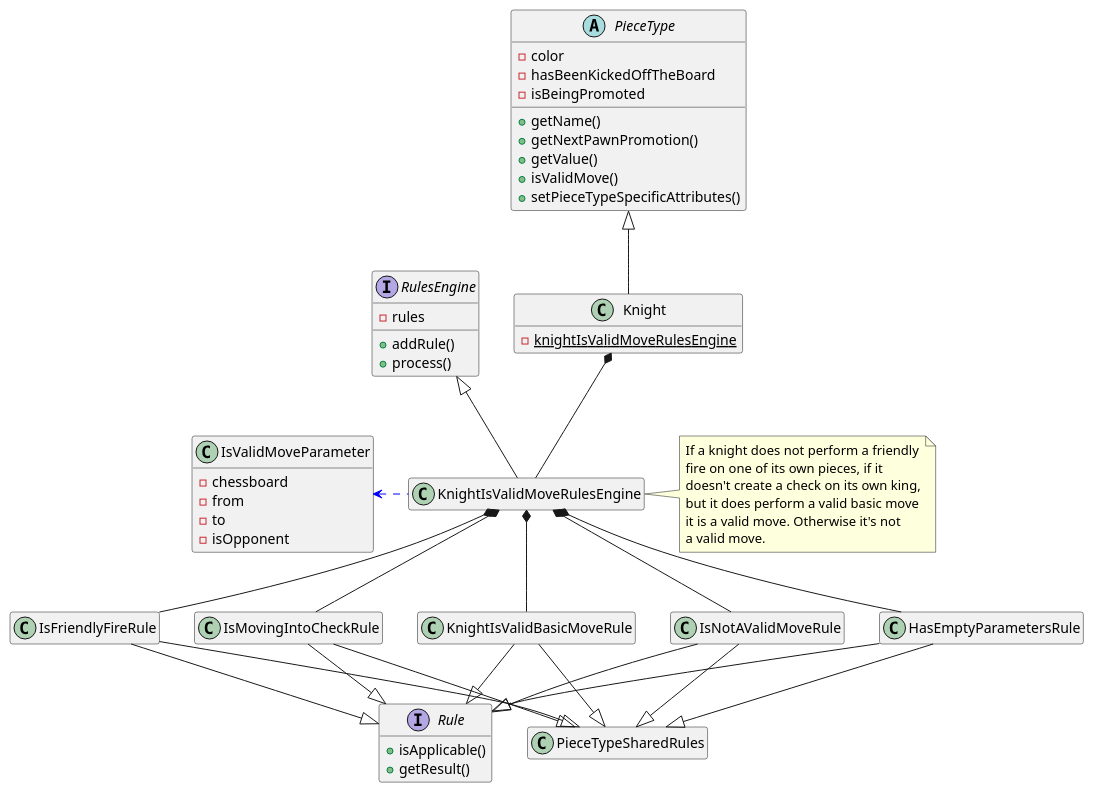
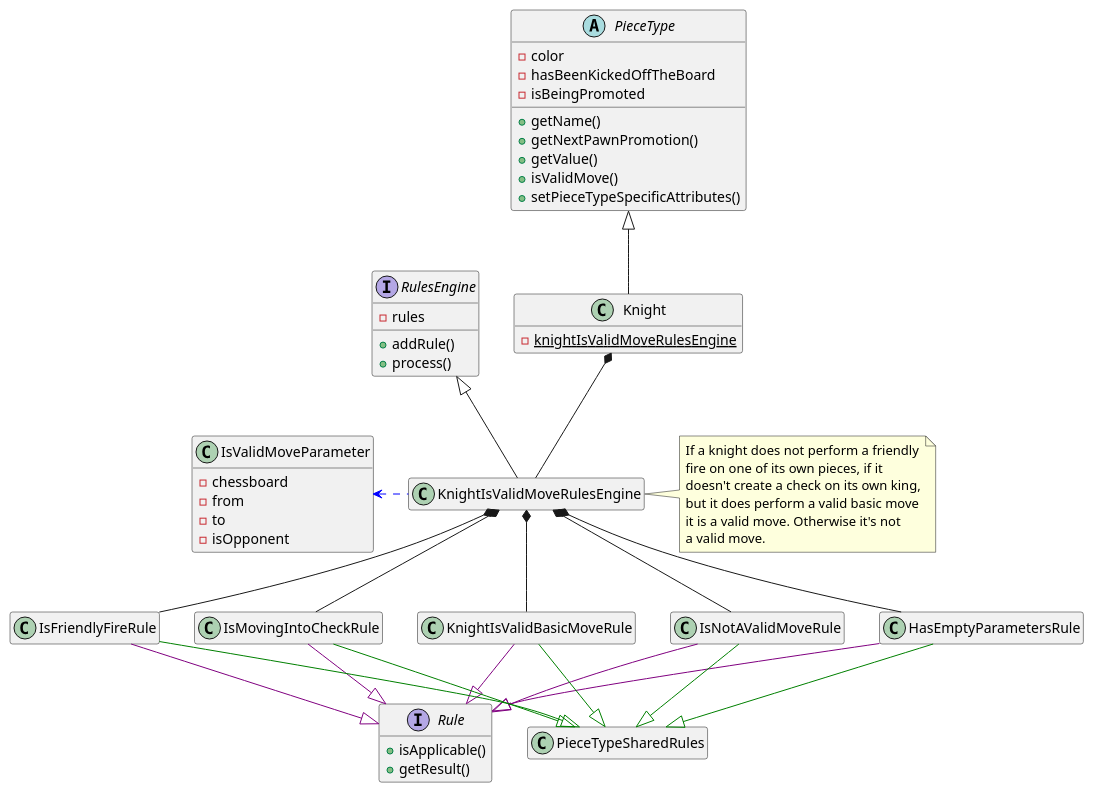
One commit to tiktaalick/chess-with-database changed the diagram in game/src/main/resources/uml/knight.puml. Above: the diagram before and after it, drawn with PlantUML. The commit also changed 5 other files, not shown here.

Commit message:
Added colors to the class diagrams.

```diff
--- a/game/src/main/resources/uml/knight.puml
+++ b/game/src/main/resources/uml/knight.puml
@@ -1,83 +1,83 @@
 @startuml
 
 '--------------'
 'Hidden members'
 '--------------'
 hide empty members
 
 '----'
 'Move'
 '----'
 abstract class PieceType {
     - color
     - hasBeenKickedOffTheBoard
     - isBeingPromoted
     + getName()
     + getNextPawnPromotion()
     + getValue()
     + isValidMove()
     + setPieceTypeSpecificAttributes()
 }
 
 class Knight {
     - {static} knightIsValidMoveRulesEngine
 }
 
 class IsValidMoveParameter {
     - chessboard
     - from
     - to
     - isOpponent
 }
 
 interface RulesEngine {
     - rules
     + addRule()
     + process()
 }
 
 interface Rule {
     + isApplicable()
     + getResult()
 }
 
 '---------'
 'Relations'
 '---------'
 PieceType <|-down- Knight
 Knight *-- KnightIsValidMoveRulesEngine
 
 KnightIsValidMoveRulesEngine -up-|> RulesEngine
 KnightIsValidMoveRulesEngine .left[#blue].> IsValidMoveParameter
 
 HasEmptyParametersRule -up-* KnightIsValidMoveRulesEngine
 IsFriendlyFireRule -up-* KnightIsValidMoveRulesEngine
 IsMovingIntoCheckRule -up-* KnightIsValidMoveRulesEngine
 KnightIsValidBasicMoveRule -up-* KnightIsValidMoveRulesEngine
 IsNotAValidMoveRule -up-* KnightIsValidMoveRulesEngine
 
-HasEmptyParametersRule --|> Rule
-IsFriendlyFireRule --|> Rule
-IsMovingIntoCheckRule --|> Rule
-KnightIsValidBasicMoveRule --|> Rule
-IsNotAValidMoveRule --|> Rule
+HasEmptyParametersRule -down[#purple]-|> Rule
+IsFriendlyFireRule -down[#purple]-|> Rule
+IsMovingIntoCheckRule -down[#purple]-|> Rule
+KnightIsValidBasicMoveRule -down[#purple]-|> Rule
+IsNotAValidMoveRule -down[#purple]-|> Rule
 
-HasEmptyParametersRule -down-|> PieceTypeSharedRules
-IsFriendlyFireRule -down-|> PieceTypeSharedRules
-IsMovingIntoCheckRule -down-|> PieceTypeSharedRules
-KnightIsValidBasicMoveRule -down-|> PieceTypeSharedRules
-IsNotAValidMoveRule -down-|> PieceTypeSharedRules
+HasEmptyParametersRule -down[#green]-|> PieceTypeSharedRules
+IsFriendlyFireRule -down[#green]-|> PieceTypeSharedRules
+IsMovingIntoCheckRule -down[#green]-|> PieceTypeSharedRules
+KnightIsValidBasicMoveRule -down[#green]-|> PieceTypeSharedRules
+IsNotAValidMoveRule -down[#green]-|> PieceTypeSharedRules
 
 '-----'
 'Notes'
 '-----'
 note right of KnightIsValidMoveRulesEngine {
     If a knight does not perform a friendly
     fire on one of its own pieces, if it
     doesn't create a check on its own king,
     but it does perform a valid basic move
     it is a valid move. Otherwise it's not
     a valid move.
 }
 
 @enduml
```
